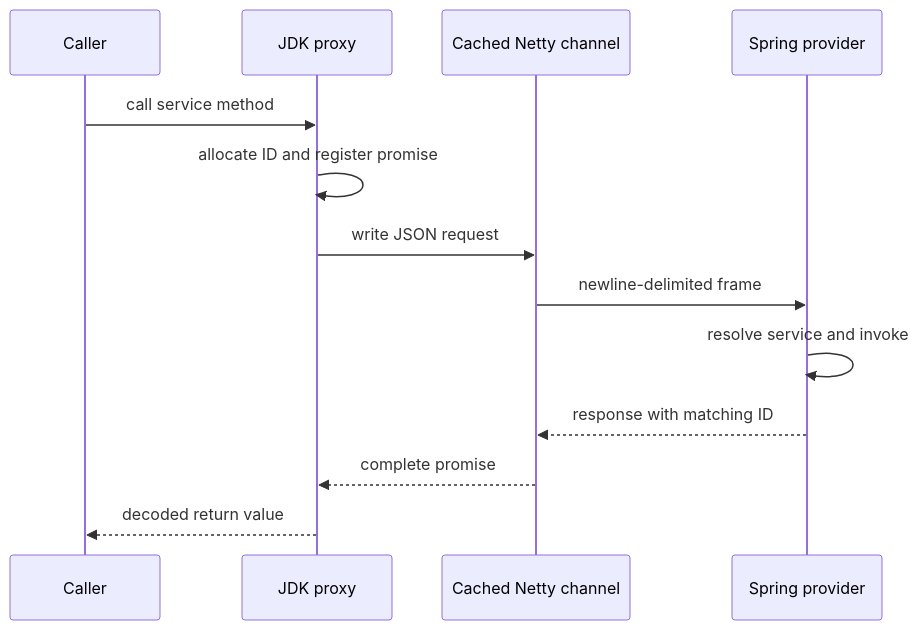
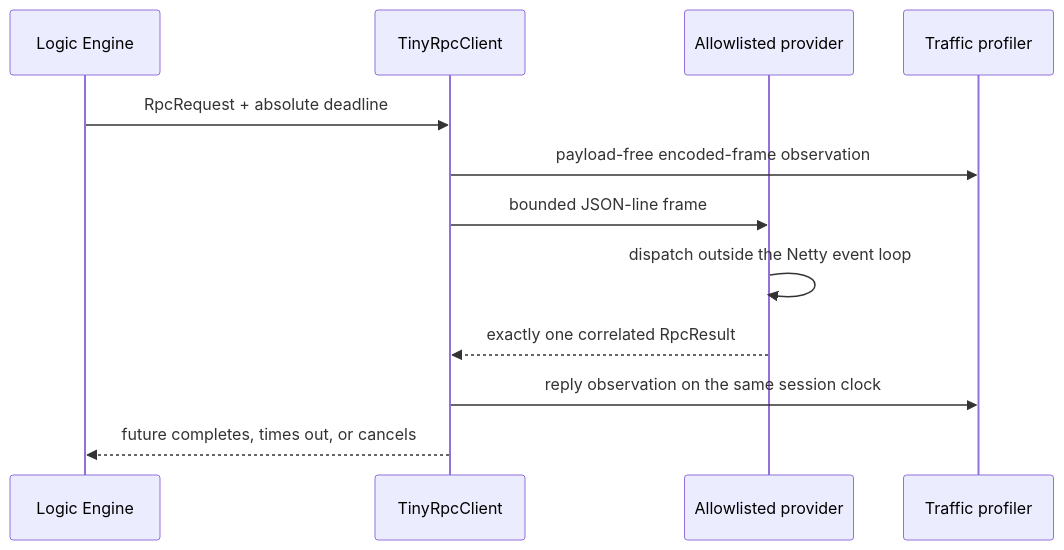
The diagram in README.md (David-Lee-11101/Handwritten-Netty-RPC), drawn with Mermaid before and after one commit. The commit also changed other lines of this file and 13 other files, not shown here.

````diff
--- a/README.md
+++ b/README.md
@@ -9,15 +13,14 @@
 ```mermaid
 sequenceDiagram
-    participant Caller
-    participant Proxy as JDK proxy
-    participant Client as Cached Netty channel
-    participant Provider as Spring provider
-    Caller->>Proxy: call service method
-    Proxy->>Proxy: allocate ID and register promise
-    Proxy->>Client: write JSON request
-    Client->>Provider: newline-delimited frame
-    Provider->>Provider: resolve service and invoke
-    Provider-->>Client: response with matching ID
-    Client-->>Proxy: complete promise
-    Proxy-->>Caller: decoded return value
+    participant Logic as Logic Engine
+    participant Client as TinyRpcClient
+    participant Provider as Allowlisted provider
+    participant Trace as Traffic profiler
+    Logic->>Client: RpcRequest + absolute deadline
+    Client->>Trace: payload-free encoded-frame observation
+    Client->>Provider: bounded JSON-line frame
+    Provider->>Provider: dispatch outside the Netty event loop
+    Provider-->>Client: exactly one correlated RpcResult
+    Client->>Trace: reply observation on the same session clock
+    Client-->>Logic: future completes, times out, or cancels
 ```
````
